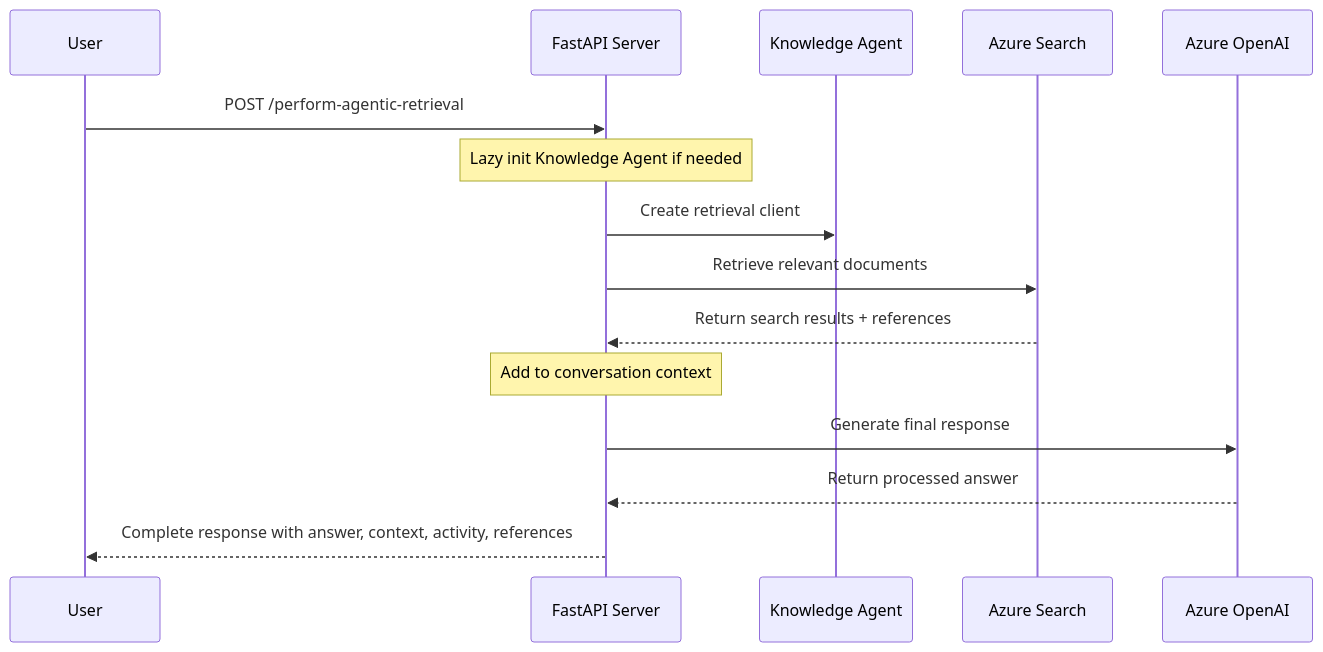
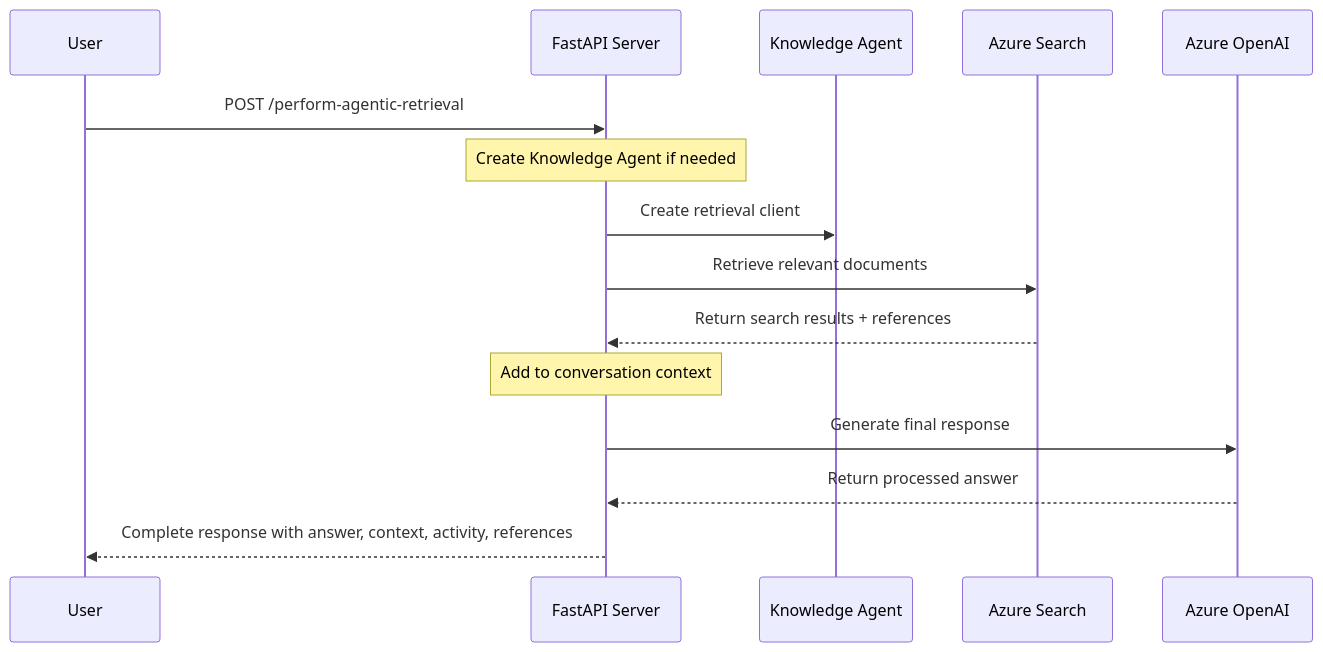
One commit to bhushang19/agentic-retrieval-azure-search changed the second of 3 diagrams in readme.md. Above: the diagram before and after it, drawn with Mermaid. The commit also changed other lines of this file, not shown here.

````diff
--- a/readme.md
+++ b/readme.md
@@ -44,18 +44,18 @@
 ```mermaid
 sequenceDiagram
     participant U as User
     participant API as FastAPI Server
     participant KA as Knowledge Agent
     participant AS as Azure Search
     participant LLM as Azure OpenAI
     
     U->>API: POST /perform-agentic-retrieval
-    Note over API: Lazy init Knowledge Agent if needed
+    Note over API: Create Knowledge Agent if needed
     API->>KA: Create retrieval client
     API->>AS: Retrieve relevant documents
     AS-->>API: Return search results + references
     Note over API: Add to conversation context
     API->>LLM: Generate final response
     LLM-->>API: Return processed answer
     API-->>U: Complete response with answer, context, activity, references
 ```
````
